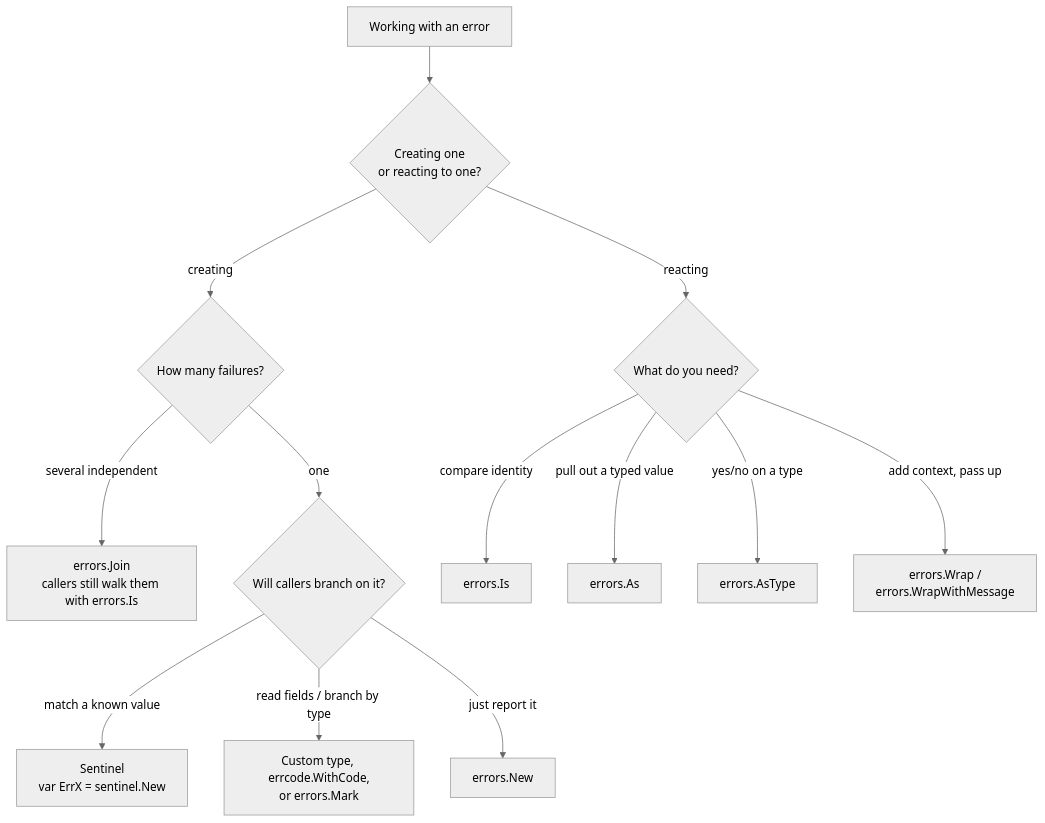
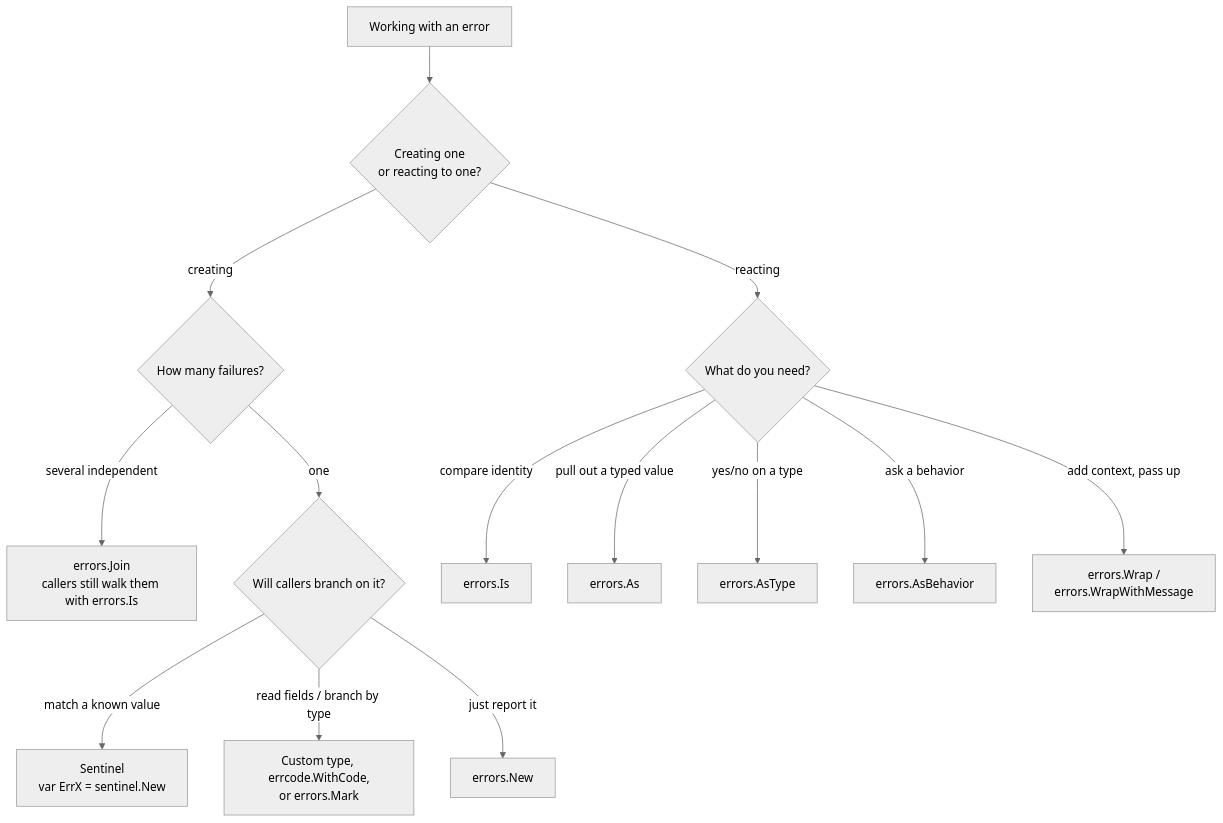
One commit to StevenACoffman/toerr changed the second of 2 diagrams in philosophy.md. Above: the diagram before and after it, drawn with Mermaid (neutral theme). The commit also changed other lines of this file and 3 other files, not shown here.

First line of the commit message:
errors: add AsBehavior for the behavior-interface idiom

````diff
--- a/philosophy.md
+++ b/philosophy.md
@@ -444,15 +483,16 @@
 ```mermaid
 graph TD
     A[Working with an error] --> B{Creating one<br/>or reacting to one?}
     B -->|creating| C{How many failures?}
     C -->|several independent| D[errors.Join<br/>callers still walk them with errors.Is]
     C -->|one| E{Will callers branch on it?}
     E -->|match a known value| F[Sentinel<br/>var ErrX = sentinel.New]
     E -->|read fields / branch by type| G[Custom type, errcode.WithCode,<br/>or errors.Mark]
     E -->|just report it| H[errors.New]
     B -->|reacting| I{What do you need?}
     I -->|compare identity| J[errors.Is]
     I -->|pull out a typed value| K[errors.As]
     I -->|yes/no on a type| L[errors.AsType]
+    I -->|ask a behavior| N[errors.AsBehavior]
     I -->|add context, pass up| M[errors.Wrap /<br/>errors.WrapWithMessage]
 ```
````
